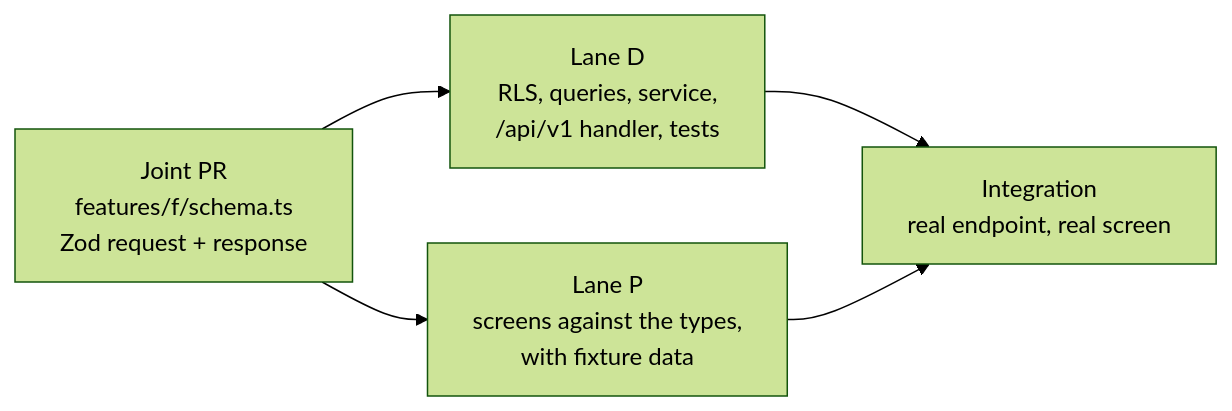
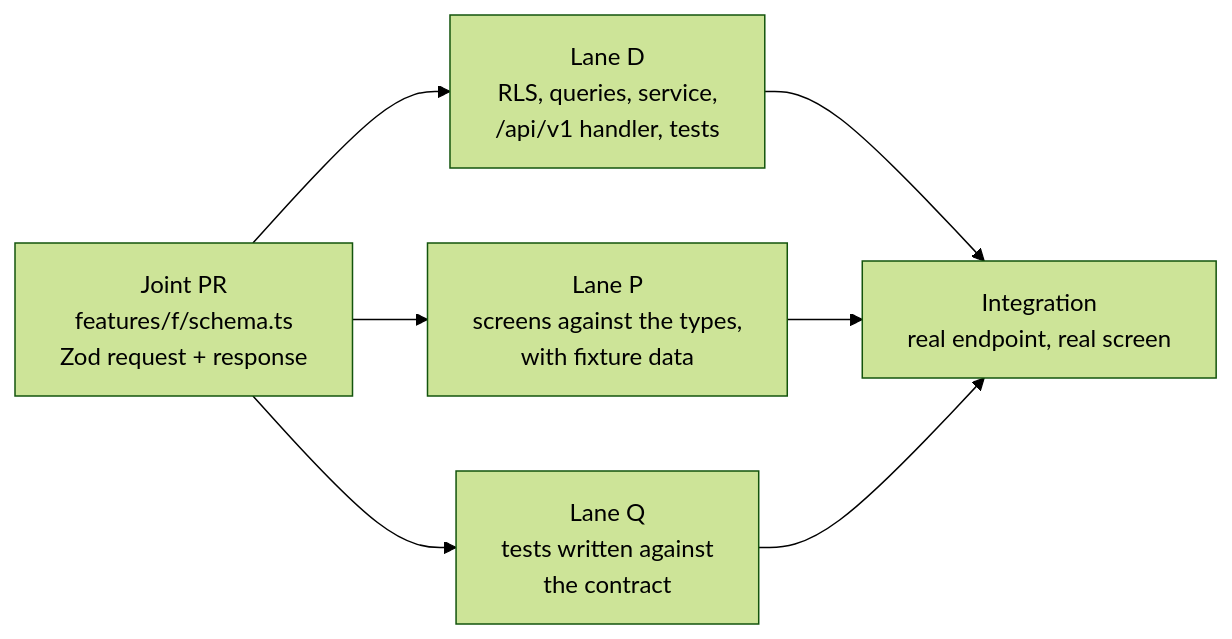
One commit to jash-aeio/Hiraya changed the first of 2 diagrams in docs/WORKSTREAMS.md. Above: the diagram before and after it, drawn with Mermaid (forest theme). The commit also changed other lines of this file and 13 other files, not shown here.

````diff
--- a/docs/WORKSTREAMS.md
+++ b/docs/WORKSTREAMS.md
@@ -40,7 +86,9 @@
 ```mermaid
 flowchart LR
   J["Joint PR<br/>features/f/schema.ts<br/>Zod request + response"] --> D["Lane D<br/>RLS, queries, service,<br/>/api/v1 handler, tests"]
   J --> P["Lane P<br/>screens against the types,<br/>with fixture data"]
+  J --> Q["Lane Q<br/>tests written against<br/>the contract"]
   D --> I["Integration<br/>real endpoint, real screen"]
   P --> I
+  Q --> I
 ```
````
